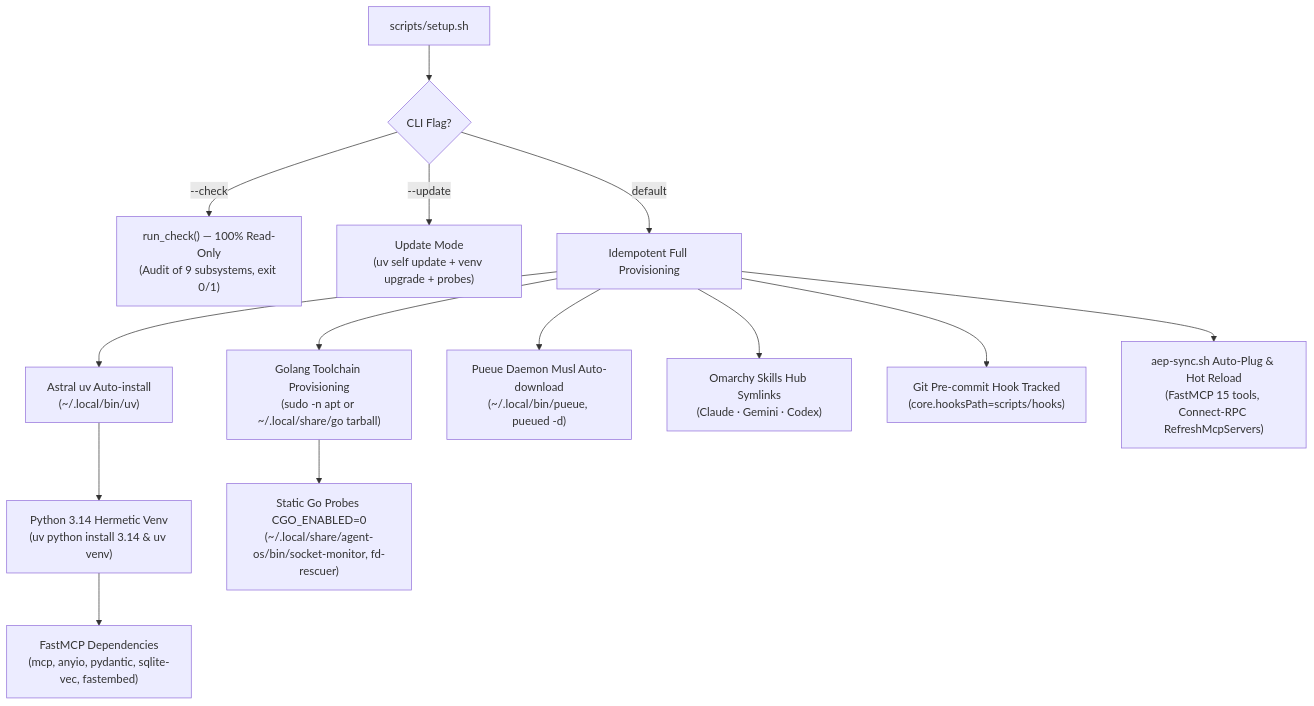
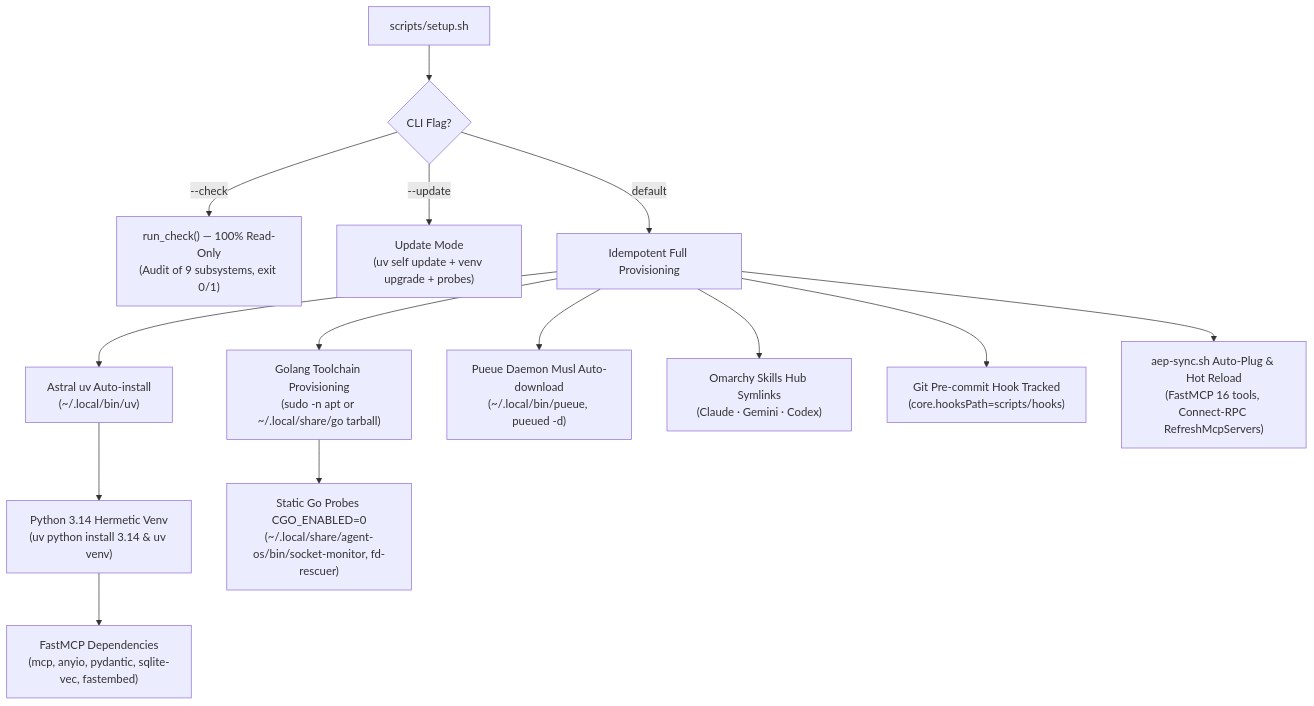
Before and after one commit to ancrz/agent-execution-plane: diagram 15 of 16 in README.md, drawn with Mermaid. The commit also changed other lines of this file and 3 other files, not shown here.

````diff
--- a/README.md
+++ b/README.md
@@ -1032,17 +1033,17 @@
 ```mermaid
 flowchart TD
     A["scripts/setup.sh"] --> Flag{"CLI Flag?"}
     Flag -->|"--check"| CHK["run_check() — 100% Read-Only<br/>(Audit of 9 subsystems, exit 0/1)"]
     Flag -->|"--update"| UPD["Update Mode<br/>(uv self update + venv upgrade + probes)"]
     Flag -->|"default"| PROV["Idempotent Full Provisioning"]
 
     PROV --> B1["Astral uv Auto-install<br/>(~/.local/bin/uv)"]
     B1 --> B2["Python 3.14 Hermetic Venv<br/>(uv python install 3.14 & uv venv)"]
     B2 --> B3["FastMCP Dependencies<br/>(mcp, anyio, pydantic, sqlite-vec, fastembed)"]
     PROV --> G1["Golang Toolchain Provisioning<br/>(sudo -n apt or ~/.local/share/go tarball)"]
     G1 --> G2["Static Go Probes CGO_ENABLED=0<br/>(~/.local/share/agent-os/bin/socket-monitor, fd-rescuer)"]
     PROV --> P1["Pueue Daemon Musl Auto-download<br/>(~/.local/bin/pueue, pueued -d)"]
     PROV --> S1["Omarchy Skills Hub Symlinks<br/>(Claude · Gemini · Codex)"]
     PROV --> S2["Git Pre-commit Hook Tracked<br/>(core.hooksPath=scripts/hooks)"]
-    PROV --> S3["aep-sync.sh Auto-Plug & Hot Reload<br/>(FastMCP 15 tools, Connect-RPC RefreshMcpServers)"]
+    PROV --> S3["aep-sync.sh Auto-Plug & Hot Reload<br/>(FastMCP 16 tools, Connect-RPC RefreshMcpServers)"]
 ```
````
